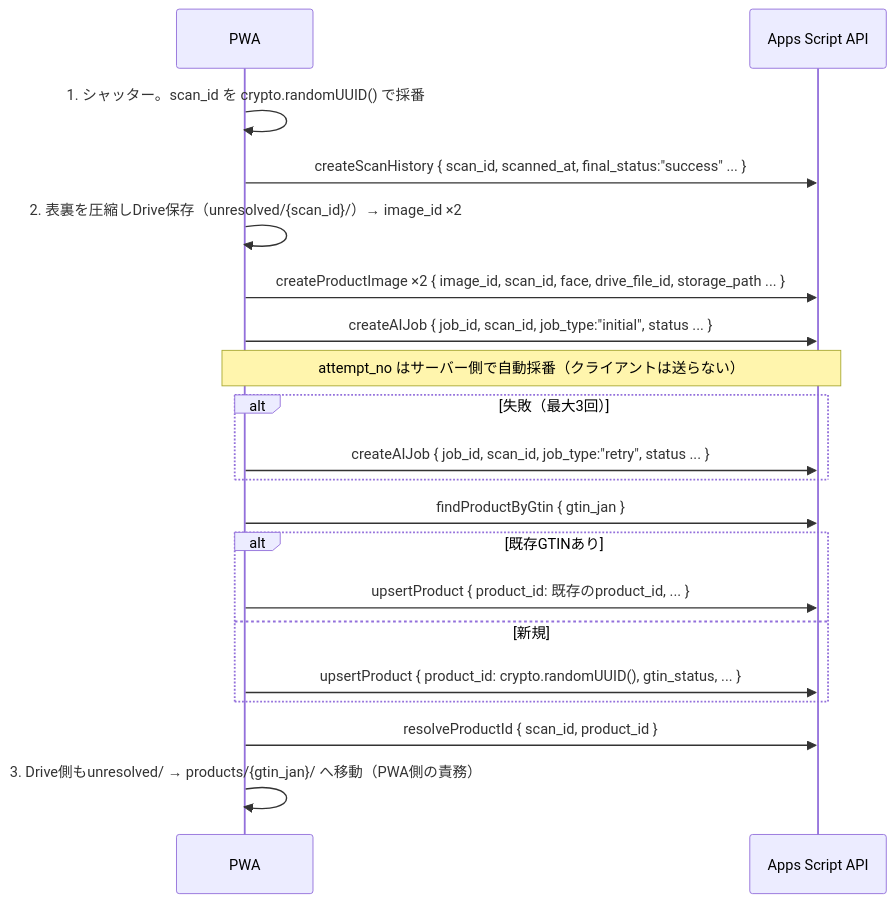
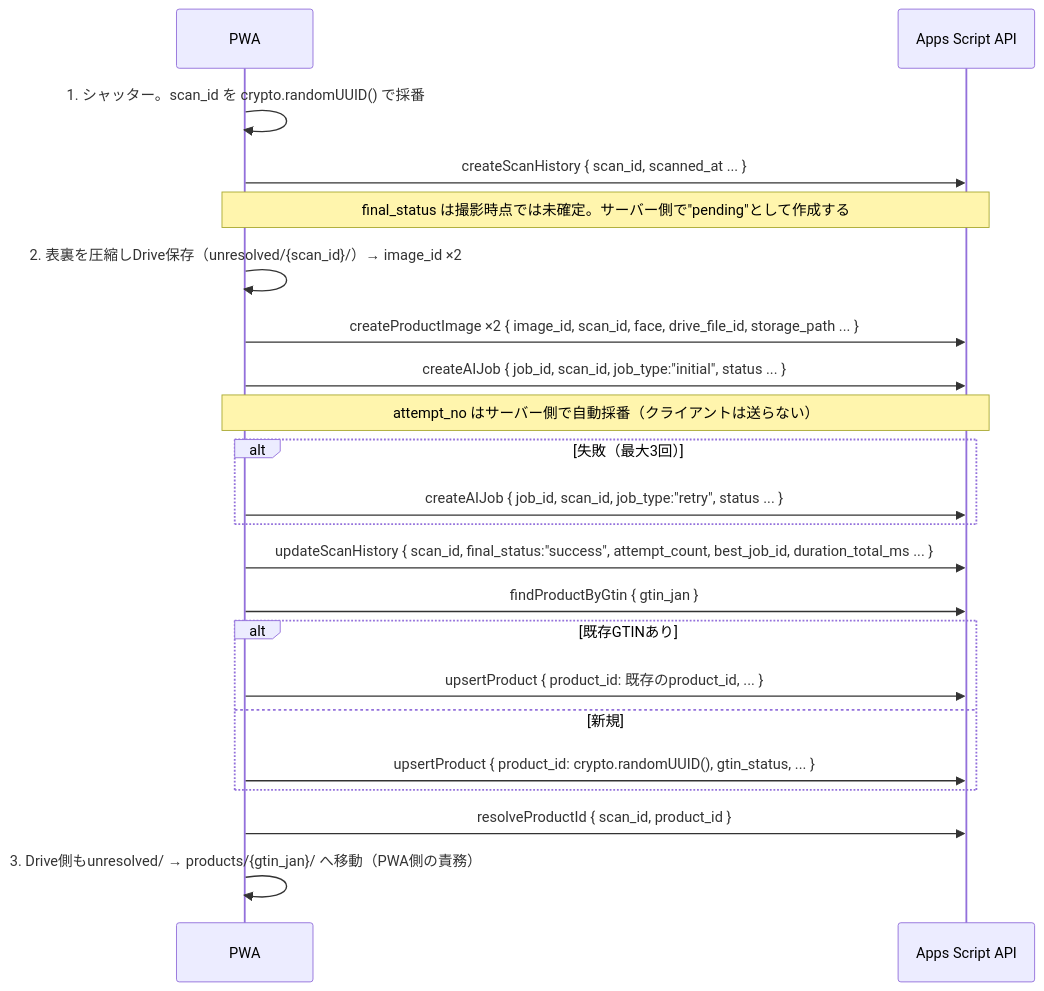
The diagram in scanhunt/docs/apps-script-api.md (cloud42-labo/experimental), drawn with Mermaid before and after one commit. The commit also changed other lines of this file and 3 other files, not shown here.

````diff
--- a/scanhunt/docs/apps-script-api.md
+++ b/scanhunt/docs/apps-script-api.md
@@ -80,22 +84,24 @@
 ```mermaid
 sequenceDiagram
     participant PWA
     participant API as Apps Script API
     PWA->>PWA: 1. シャッター。scan_id を crypto.randomUUID() で採番
-    PWA->>API: createScanHistory { scan_id, scanned_at, final_status:"success" ... }
+    PWA->>API: createScanHistory { scan_id, scanned_at ... }
+    Note over PWA,API: final_status は撮影時点では未確定。サーバー側で"pending"として作成する
     PWA->>PWA: 2. 表裏を圧縮しDrive保存（unresolved/{scan_id}/）→ image_id ×2
     PWA->>API: createProductImage ×2 { image_id, scan_id, face, drive_file_id, storage_path ... }
     PWA->>API: createAIJob { job_id, scan_id, job_type:"initial", status ... }
     Note over PWA,API: attempt_no はサーバー側で自動採番（クライアントは送らない）
     alt 失敗（最大3回）
         PWA->>API: createAIJob { job_id, scan_id, job_type:"retry", status ... }
     end
+    PWA->>API: updateScanHistory { scan_id, final_status:"success", attempt_count, best_job_id, duration_total_ms ... }
     PWA->>API: findProductByGtin { gtin_jan }
     alt 既存GTINあり
         PWA->>API: upsertProduct { product_id: 既存のproduct_id, ... }
     else 新規
         PWA->>API: upsertProduct { product_id: crypto.randomUUID(), gtin_status, ... }
     end
     PWA->>API: resolveProductId { scan_id, product_id }
     PWA->>PWA: 3. Drive側もunresolved/ → products/{gtin_jan}/ へ移動（PWA側の責務）
 ```
````
